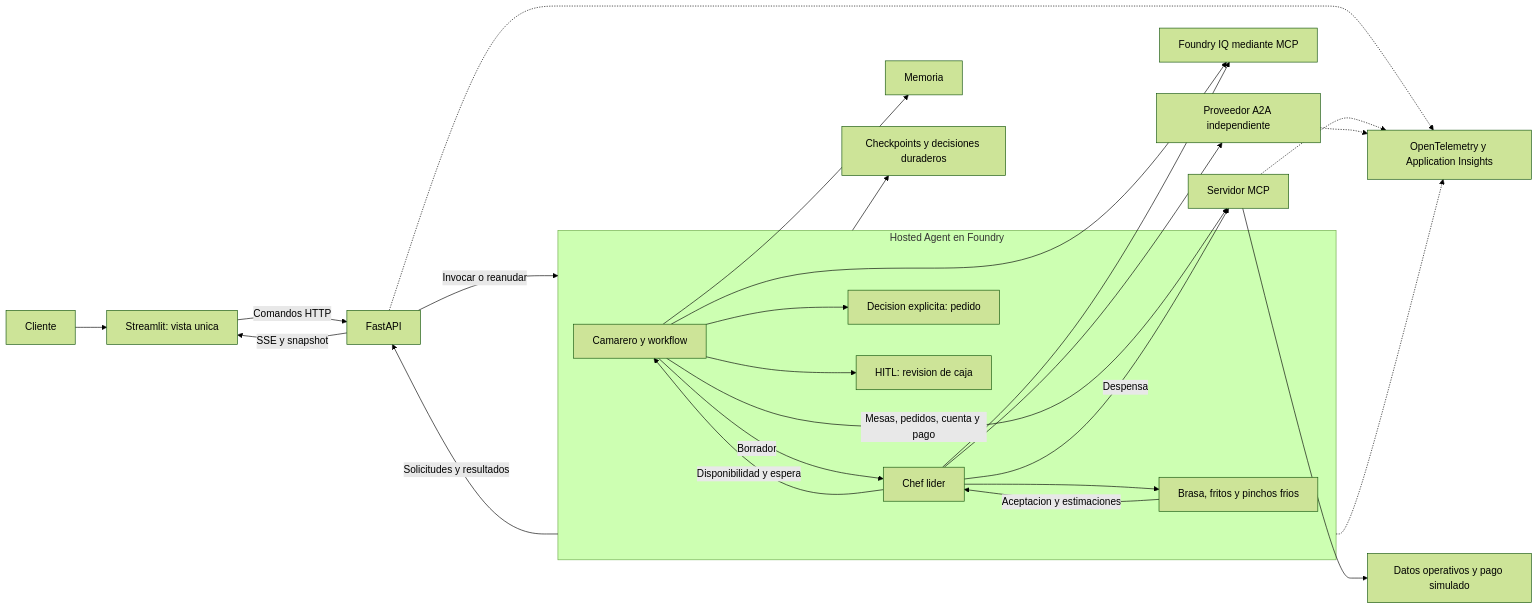
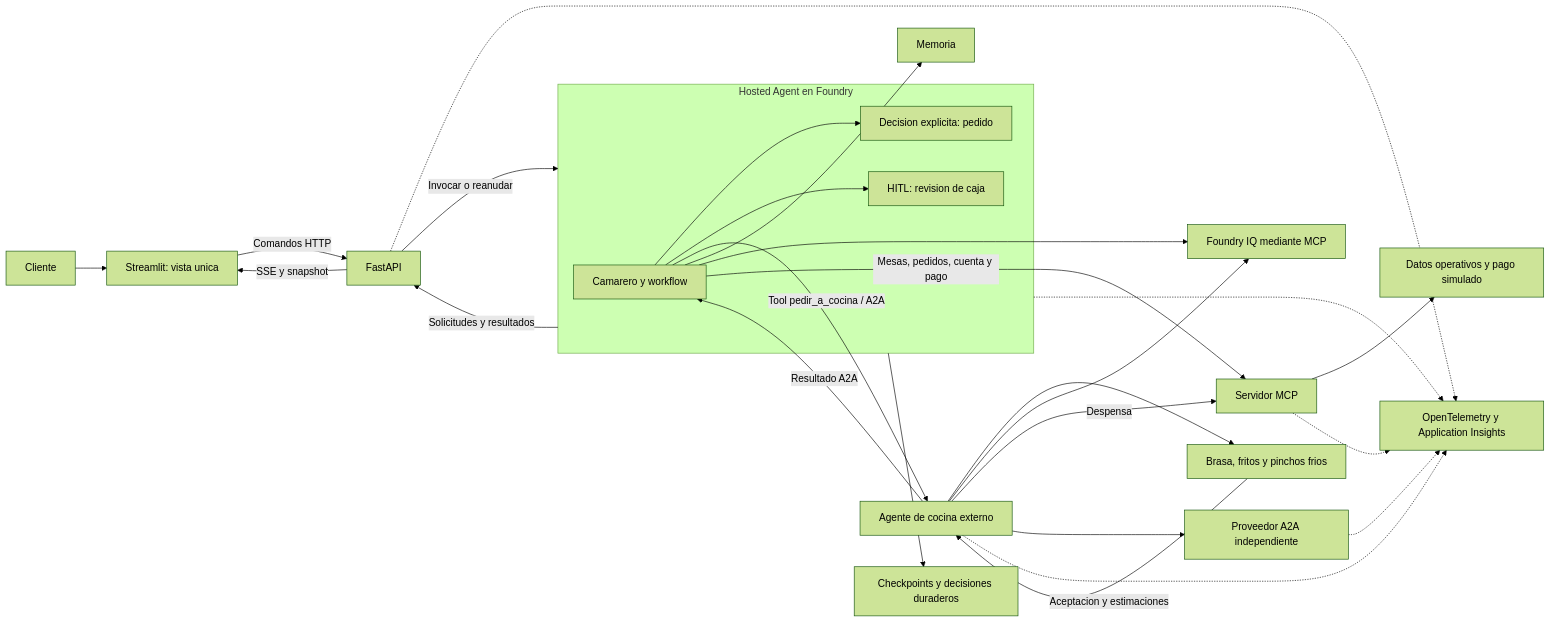
Before and after one commit to dsanchor/morcillaconf: the diagram in PLAN_IMPLEMENTACION.md, drawn with Mermaid (forest theme). The commit also changed other lines of this file and 48 other files, not shown here.

````diff
--- a/PLAN_IMPLEMENTACION.md
+++ b/PLAN_IMPLEMENTACION.md
@@ -118,28 +120,30 @@
 ```mermaid
 flowchart LR
     C[Cliente] --> UI[Streamlit: vista unica]
     UI -->|Comandos HTTP| BFF[FastAPI]
     BFF -->|SSE y snapshot| UI
     BFF -->|Invocar o reanudar| HOST
     subgraph HOST[Hosted Agent en Foundry]
-        W[Camarero y workflow] -->|Borrador| CHEF[Chef lider]
-        CHEF --> S[Brasa, fritos y pinchos frios]
-        S -->|Aceptacion y estimaciones| CHEF
-        CHEF -->|Disponibilidad y espera| W
+        W[Camarero y workflow]
         W --> D[Decision explicita: pedido]
         W --> H[HITL: revision de caja]
     end
+    W -->|Tool pedir_a_cocina / A2A| CHEF[Agente de cocina externo]
+    CHEF --> S[Brasa, fritos y pinchos frios]
+    S -->|Aceptacion y estimaciones| CHEF
+    CHEF -->|Resultado A2A| W
     HOST -->|Solicitudes y resultados| BFF
     W --> MEM[Memoria]
     W --> KB[Foundry IQ mediante MCP]
     CHEF --> KB
     W -->|Mesas, pedidos, cuenta y pago| MCP[Servidor MCP]
     CHEF -->|Despensa| MCP
     CHEF --> A2A[Proveedor A2A independiente]
     MCP --> DB[Datos operativos y pago simulado]
     HOST --> CP[Checkpoints y decisiones duraderos]
     HOST -.-> OBS[OpenTelemetry y Application Insights]
+    CHEF -.-> OBS
     BFF -.-> OBS
     MCP -.-> OBS
     A2A -.-> OBS
 ```
````
